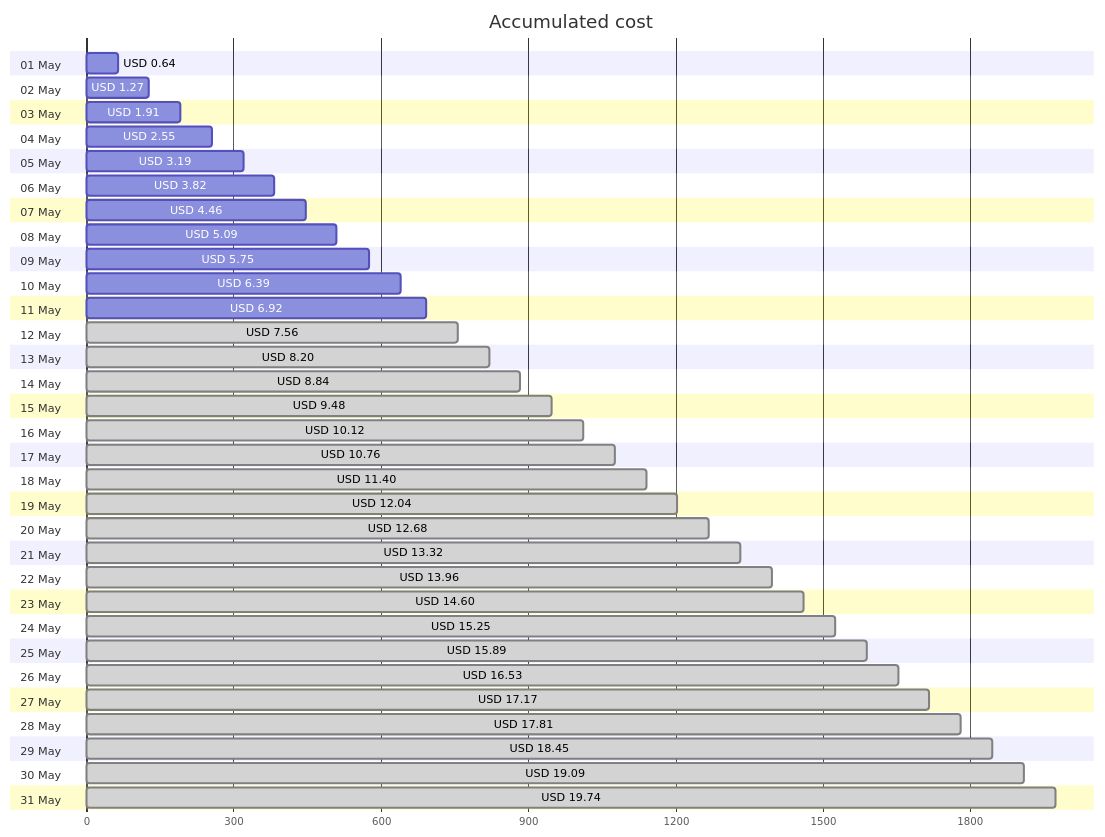
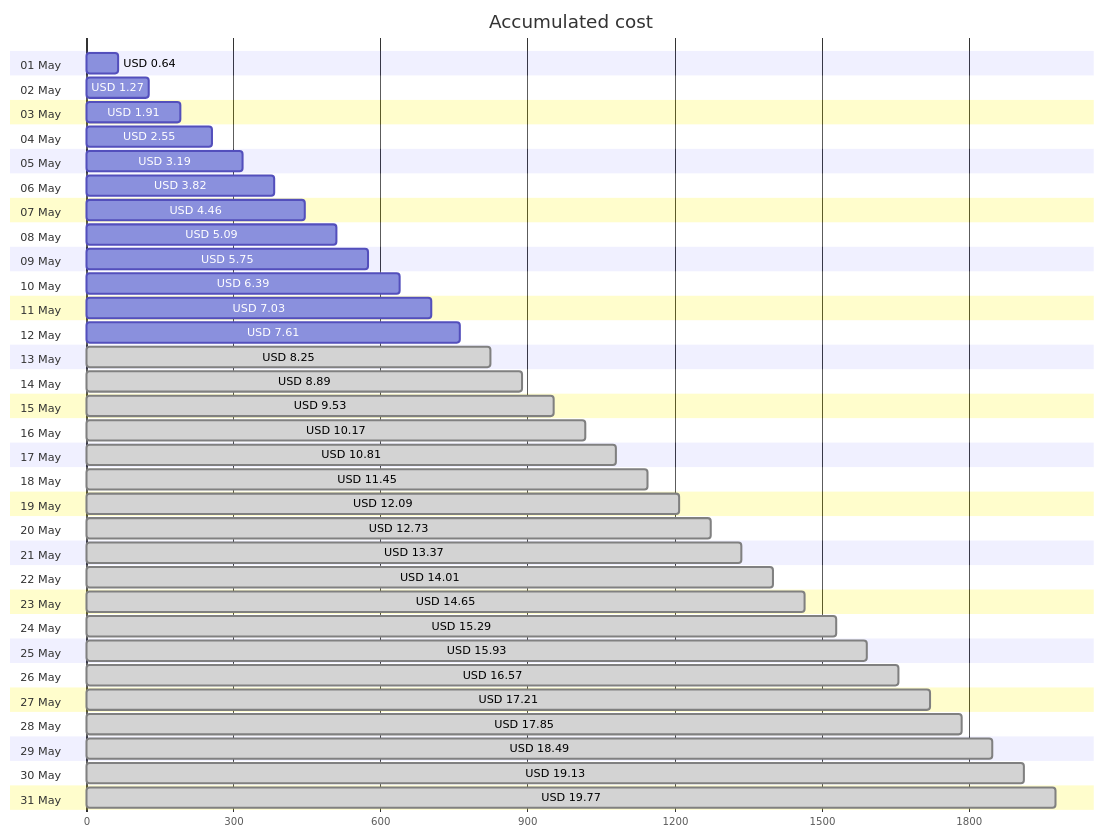
Before and after one commit to jpfulton/azure-personal-reports: the first of 4 diagrams in cost-reports/accumulated-cost.md, drawn with Mermaid. The commit also changed other lines of this file and 4 other files, not shown here.

````diff
--- a/cost-reports/accumulated-cost.md
+++ b/cost-reports/accumulated-cost.md
@@ -20,68 +20,68 @@
 ```mermaid
 gantt
    title Accumulated cost
    dateFormat  X
    axisFormat %s
    section 01 May
    USD 0.64 :0, 64
    section 02 May
    USD 1.27 :0, 127
    section 03 May
    USD 1.91 :0, 191
    section 04 May
    USD 2.55 :0, 255
    section 05 May
    USD 3.19 :0, 319
    section 06 May
    USD 3.82 :0, 382
    section 07 May
    USD 4.46 :0, 446
    section 08 May
    USD 5.09 :0, 509
    section 09 May
    USD 5.75 :0, 575
    section 10 May
    USD 6.39 :0, 639
    section 11 May
-   USD 6.92 :0, 692
+   USD 7.03 :0, 703
    section 12 May
-   USD 7.56 : done, 0, 756
+   USD 7.61 :0, 761
    section 13 May
-   USD 8.20 : done, 0, 820
+   USD 8.25 : done, 0, 825
    section 14 May
-   USD 8.84 : done, 0, 884
+   USD 8.89 : done, 0, 889
    section 15 May
-   USD 9.48 : done, 0, 948
+   USD 9.53 : done, 0, 953
    section 16 May
-   USD 10.12 : done, 0, 1012
+   USD 10.17 : done, 0, 1017
    section 17 May
-   USD 10.76 : done, 0, 1076
+   USD 10.81 : done, 0, 1081
    section 18 May
-   USD 11.40 : done, 0, 1140
+   USD 11.45 : done, 0, 1145
    section 19 May
-   USD 12.04 : done, 0, 1204
+   USD 12.09 : done, 0, 1209
    section 20 May
-   USD 12.68 : done, 0, 1268
+   USD 12.73 : done, 0, 1273
    section 21 May
-   USD 13.32 : done, 0, 1332
+   USD 13.37 : done, 0, 1337
    section 22 May
-   USD 13.96 : done, 0, 1396
+   USD 14.01 : done, 0, 1401
    section 23 May
-   USD 14.60 : done, 0, 1460
+   USD 14.65 : done, 0, 1465
    section 24 May
-   USD 15.25 : done, 0, 1525
+   USD 15.29 : done, 0, 1529
    section 25 May
-   USD 15.89 : done, 0, 1589
+   USD 15.93 : done, 0, 1593
    section 26 May
-   USD 16.53 : done, 0, 1653
+   USD 16.57 : done, 0, 1657
    section 27 May
-   USD 17.17 : done, 0, 1717
+   USD 17.21 : done, 0, 1721
    section 28 May
-   USD 17.81 : done, 0, 1781
+   USD 17.85 : done, 0, 1785
    section 29 May
-   USD 18.45 : done, 0, 1845
+   USD 18.49 : done, 0, 1849
    section 30 May
-   USD 19.09 : done, 0, 1909
+   USD 19.13 : done, 0, 1913
    section 31 May
-   USD 19.74 : done, 0, 1974
+   USD 19.77 : done, 0, 1977
 ```
````
